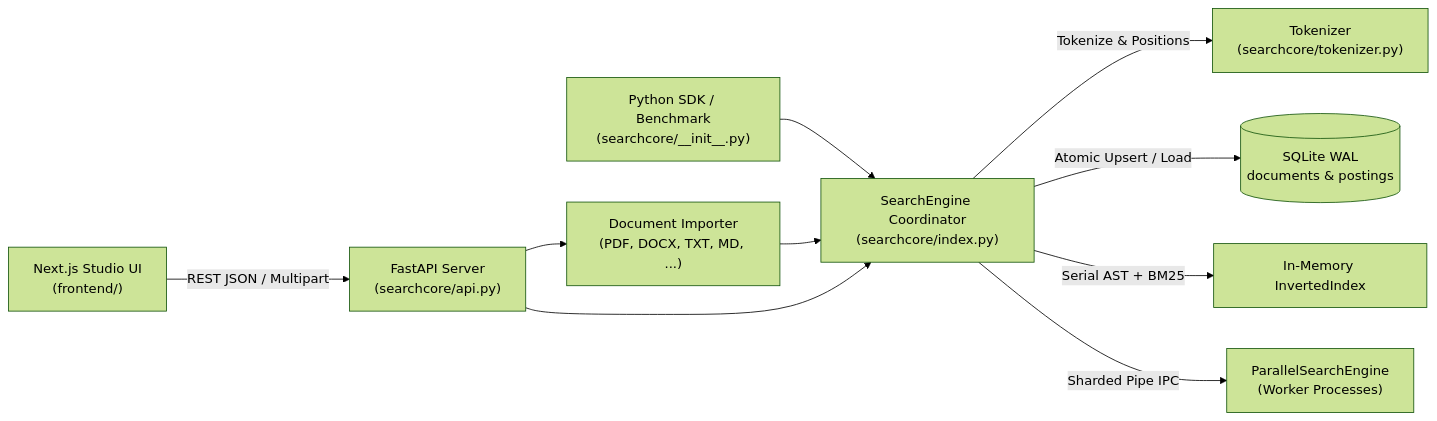
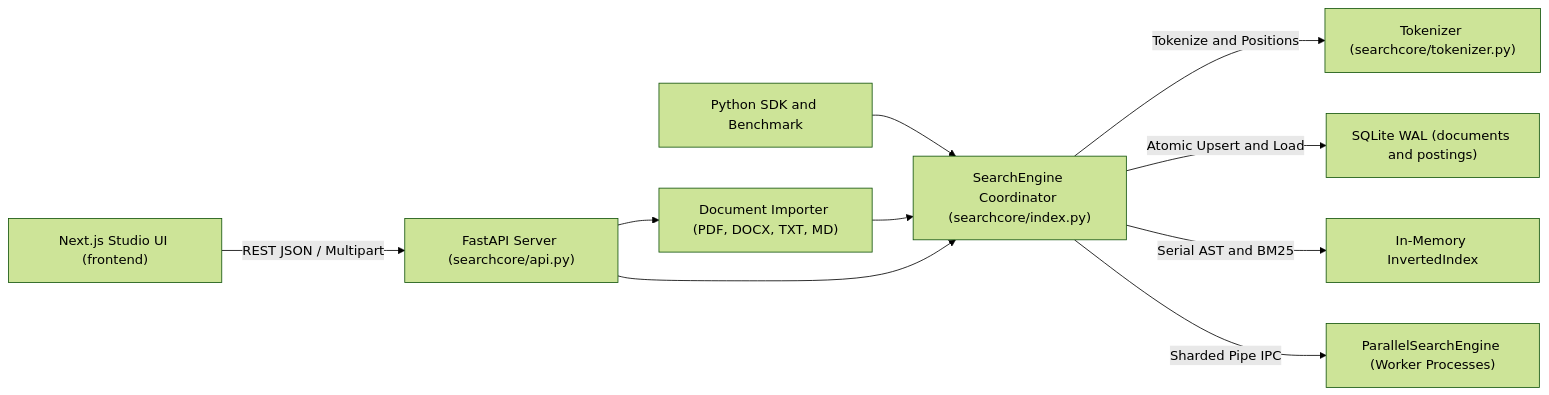
The diagram in README.md (shaswat2031/SearchDocs_New-Era-of-Searching), drawn with Mermaid (forest theme) before and after one commit.

Commit message:
docs: simplify mermaid flowchart syntax and text formatting in README

````diff
--- a/README.md
+++ b/README.md
@@ -53,14 +53,14 @@
 ```mermaid
 flowchart LR
-    UI["Next.js Studio UI<br/>(frontend/)"] -->|REST JSON / Multipart| API["FastAPI Server<br/>(searchcore/api.py)"]
-    CLI["Python SDK / Benchmark<br/>(searchcore/__init__.py)"] --> ENG
+    UI["Next.js Studio UI (frontend)"] -->|"REST JSON / Multipart"| API["FastAPI Server (searchcore/api.py)"]
+    CLI["Python SDK and Benchmark"] --> ENG["SearchEngine Coordinator (searchcore/index.py)"]
 
-    API --> IMP["Document Importer<br/>(PDF, DOCX, TXT, MD, ...)"]
-    IMP --> ENG["SearchEngine Coordinator<br/>(searchcore/index.py)"]
+    API --> IMP["Document Importer (PDF, DOCX, TXT, MD)"]
+    IMP --> ENG
     API --> ENG
 
-    ENG -->|Tokenize & Positions| TOK["Tokenizer<br/>(searchcore/tokenizer.py)"]
-    ENG -->|Atomic Upsert / Load| DB[("SQLite WAL<br/>documents & postings")]
-    ENG -->|Serial AST + BM25| IDX["In-Memory InvertedIndex"]
-    ENG -->|Sharded Pipe IPC| PAR["ParallelSearchEngine<br/>(Worker Processes)"]
+    ENG -->|"Tokenize and Positions"| TOK["Tokenizer (searchcore/tokenizer.py)"]
+    ENG -->|"Atomic Upsert and Load"| DB["SQLite WAL (documents and postings)"]
+    ENG -->|"Serial AST and BM25"| IDX["In-Memory InvertedIndex"]
+    ENG -->|"Sharded Pipe IPC"| PAR["ParallelSearchEngine (Worker Processes)"]
 ```
````
